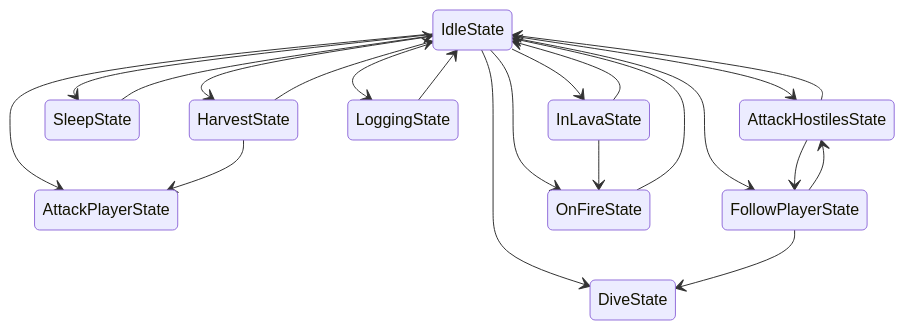
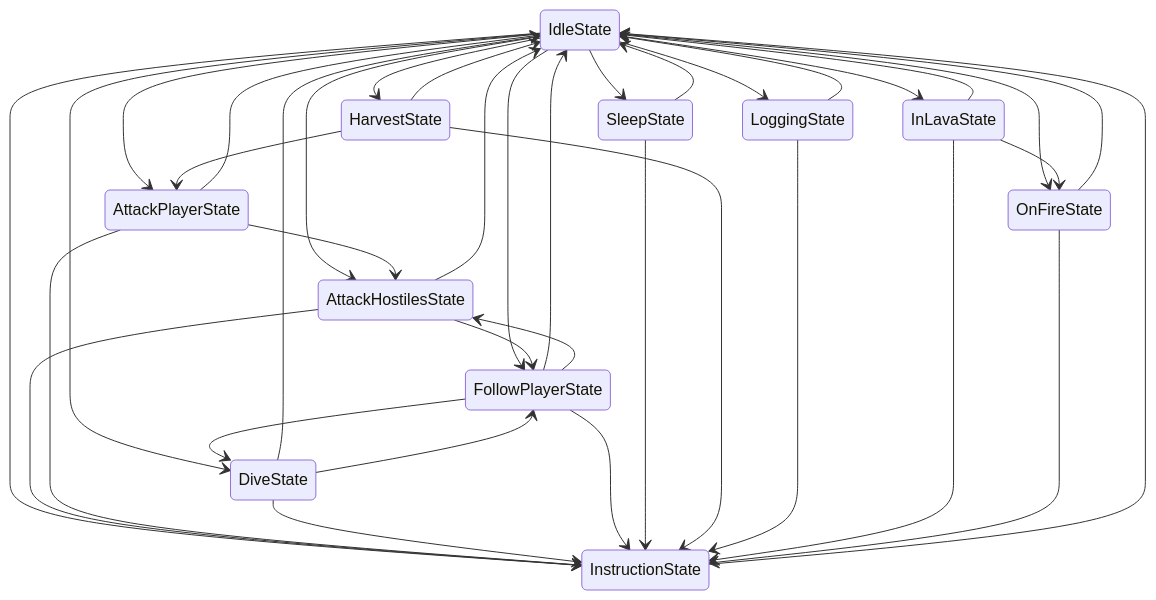
One commit to AkagawaTsurunaki/KonekoMinecraftBot changed the diagram in README.md. Above: the diagram before and after it, drawn with Mermaid. The commit also changed other lines of this file, not shown here.

````diff
--- a/README.md
+++ b/README.md
@@ -5,23 +45,40 @@
 ```mermaid
 stateDiagram
     IdleState --> AttackHostilesState
     IdleState --> AttackPlayerState
     IdleState --> DiveState
     IdleState --> FollowPlayerState
     IdleState --> SleepState
     IdleState --> HarvestState
     IdleState --> LoggingState
     IdleState --> InLavaState
     IdleState --> OnFireState
+    IdleState --> InstructionState
     AttackHostilesState --> IdleState
     AttackHostilesState --> FollowPlayerState
+    AttackHostilesState --> InstructionState
+    AttackPlayerState --> IdleState
+    AttackPlayerState --> AttackHostilesState
+    AttackPlayerState --> InstructionState
+    DiveState --> IdleState
+    DiveState --> FollowPlayerState
+    DiveState --> InstructionState
+    FollowPlayerState --> IdleState
     FollowPlayerState --> DiveState
     FollowPlayerState --> AttackHostilesState
+    FollowPlayerState --> InstructionState
     SleepState --> IdleState
+    SleepState --> InstructionState
     HarvestState --> IdleState
     HarvestState --> AttackPlayerState
+    HarvestState --> InstructionState
     LoggingState --> IdleState
+    LoggingState --> InstructionState
     InLavaState --> IdleState
     InLavaState --> OnFireState
+    InLavaState --> InstructionState
     OnFireState --> IdleState
+    OnFireState --> InstructionState
+    InstructionState --> IdleState
+
 ```
````
